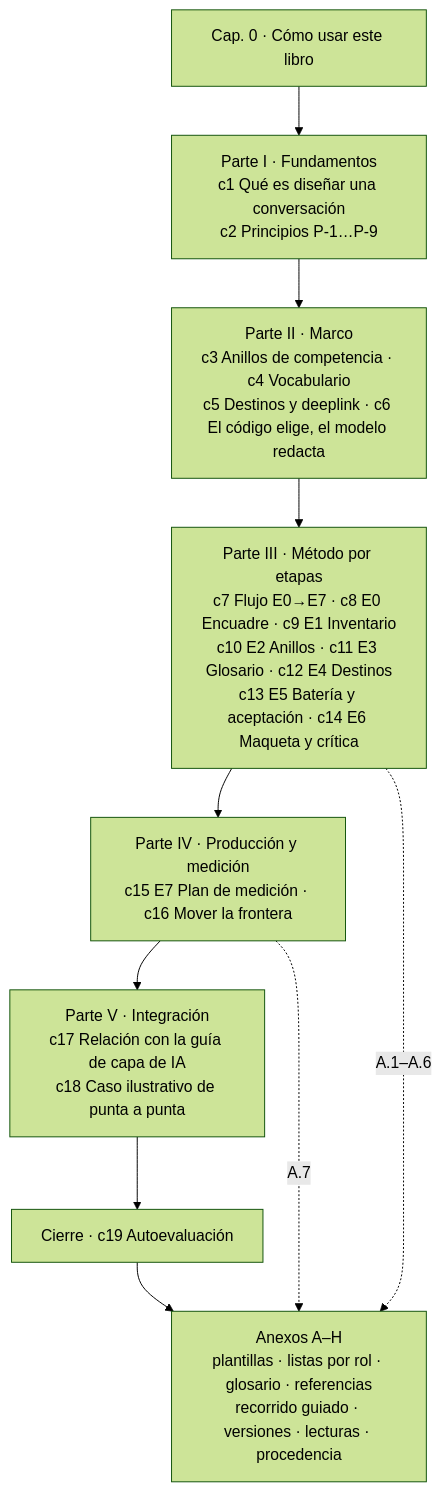
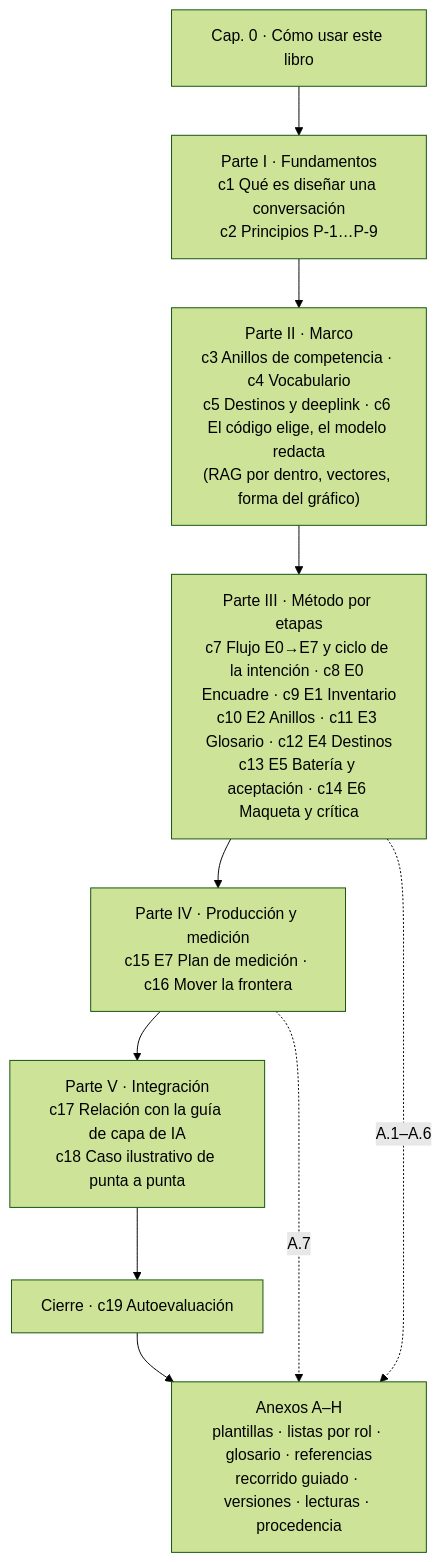
The first of 26 diagrams in Guides/IA/Dot-Net-Integration-AI-Layer-Guide/Conversational-Design-Framework-Guide.md (hdcm-dev/Lab-Documentos), drawn with Mermaid (forest theme) before and after one commit. The commit also changed other lines of this file, not shown here.

First line of the commit message:
docs(guia-conversacional): ronda del PO 2026-11-11, version 1.2.0

````diff
--- a/Guides/IA/Dot-Net-Integration-AI-Layer-Guide/Conversational-Design-Framework-Guide.md
+++ b/Guides/IA/Dot-Net-Integration-AI-Layer-Guide/Conversational-Design-Framework-Guide.md
@@ -37,12 +37,12 @@
 ```mermaid
 flowchart TD
   P0["Cap. 0 · Cómo usar este libro"] --> I["Parte I · Fundamentos<br/>c1 Qué es diseñar una conversación<br/>c2 Principios P-1…P-9"]
-  I --> II["Parte II · Marco<br/>c3 Anillos de competencia · c4 Vocabulario<br/>c5 Destinos y deeplink · c6 El código elige, el modelo redacta"]
-  II --> III["Parte III · Método por etapas<br/>c7 Flujo E0→E7 · c8 E0 Encuadre · c9 E1 Inventario<br/>c10 E2 Anillos · c11 E3 Glosario · c12 E4 Destinos<br/>c13 E5 Batería y aceptación · c14 E6 Maqueta y crítica"]
+  I --> II["Parte II · Marco<br/>c3 Anillos de competencia · c4 Vocabulario<br/>c5 Destinos y deeplink · c6 El código elige, el modelo redacta<br/>(RAG por dentro, vectores, forma del gráfico)"]
+  II --> III["Parte III · Método por etapas<br/>c7 Flujo E0→E7 y ciclo de la intención · c8 E0 Encuadre · c9 E1 Inventario<br/>c10 E2 Anillos · c11 E3 Glosario · c12 E4 Destinos<br/>c13 E5 Batería y aceptación · c14 E6 Maqueta y crítica"]
   III --> IV["Parte IV · Producción y medición<br/>c15 E7 Plan de medición · c16 Mover la frontera"]
   IV --> V["Parte V · Integración<br/>c17 Relación con la guía de capa de IA<br/>c18 Caso ilustrativo de punta a punta"]
   V --> C["Cierre · c19 Autoevaluación"]
   C --> AN["Anexos A–H<br/>plantillas · listas por rol · glosario · referencias<br/>recorrido guiado · versiones · lecturas · procedencia"]
   III -.->|A.1–A.6| AN
   IV -.->|A.7| AN
 ```
````
